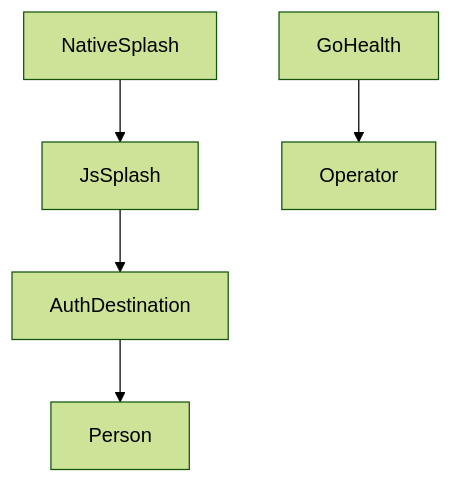
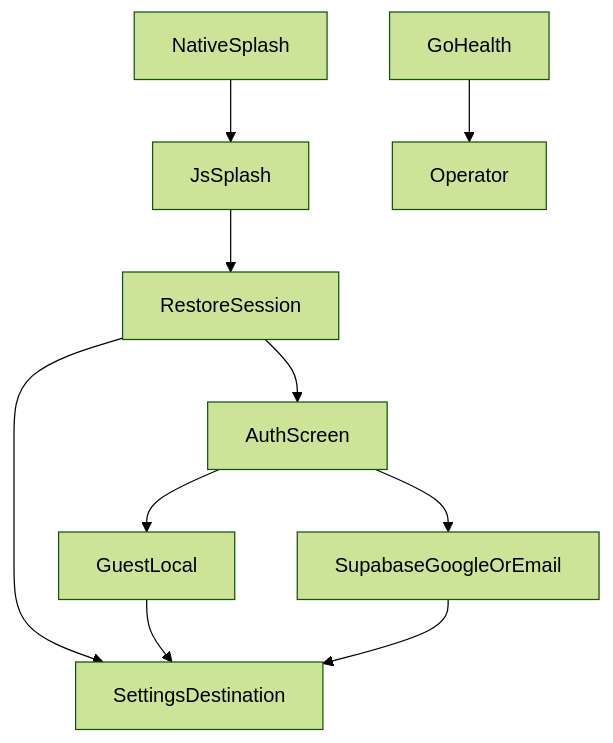
The diagram in docs/ARCHITECTURE.md (hmza-hb/frontal), drawn with Mermaid (forest theme) before and after one commit. The commit also changed other lines of this file and 7 other files, not shown here.

Commit message:
Describe login, guest, and session restore in the living docs.

````diff
--- a/docs/ARCHITECTURE.md
+++ b/docs/ARCHITECTURE.md
@@ -57,7 +57,12 @@
 ```mermaid
 flowchart TD
   native[NativeSplash] --> splash[JsSplash]
-  splash --> auth[AuthDestination]
-  auth --> person[Person]
+  splash --> restore[RestoreSession]
+  restore --> auth[AuthScreen]
+  restore --> settings[SettingsDestination]
+  auth --> guest[GuestLocal]
+  auth --> cloud[SupabaseGoogleOrEmail]
+  guest --> settings
+  cloud --> settings
   health[GoHealth] --> probe[Operator]
 ```
````
